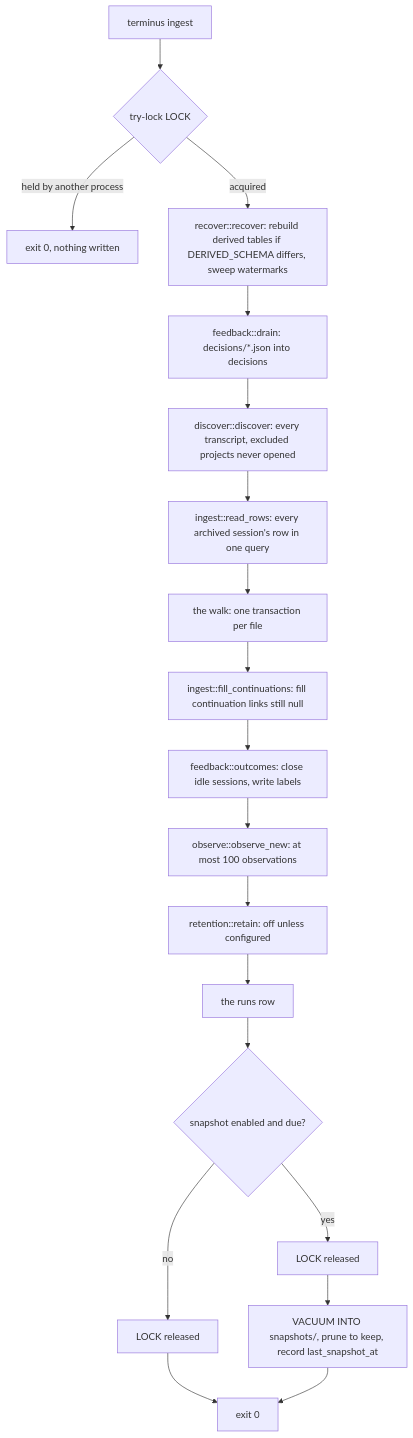
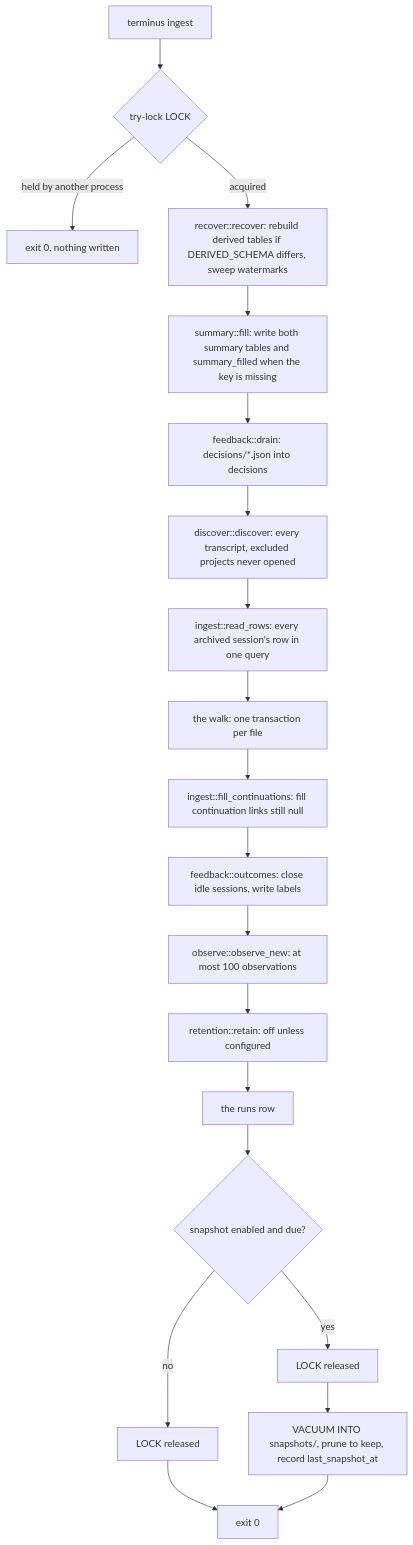
Before and after one commit to crenshawdev/terminus: the first of 3 diagrams in docs/design/0003-ingest.md, drawn with Mermaid. The commit also changed other lines of this file and 1 other file, not shown here.

Commit message:
docs(3-1): name the summary fill and its key in the ingest and archive designs

````diff
--- a/docs/design/0003-ingest.md
+++ b/docs/design/0003-ingest.md
@@ -148,21 +149,22 @@
 ```mermaid
 flowchart TD
   S["terminus ingest"] --> L{"try-lock LOCK"}
   L -->|"held by another process"| X["exit 0, nothing written"]
   L -->|"acquired"| R["recover::recover: rebuild derived tables if DERIVED_SCHEMA differs, sweep watermarks"]
-  R --> D["feedback::drain: decisions/*.json into decisions"]
+  R --> SF["summary::fill: write both summary tables and summary_filled when the key is missing"]
+  SF --> D["feedback::drain: decisions/*.json into decisions"]
   D --> F["discover::discover: every transcript, excluded projects never opened"]
   F --> RR["ingest::read_rows: every archived session's row in one query"]
   RR --> W["the walk: one transaction per file"]
   W --> C["ingest::fill_continuations: fill continuation links still null"]
   C --> O["feedback::outcomes: close idle sessions, write labels"]
   O --> B["observe::observe_new: at most 100 observations"]
   B --> T["retention::retain: off unless configured"]
   T --> N["the runs row"]
   N --> P{"snapshot enabled and due?"}
   P -->|"yes"| U["LOCK released"]
   U --> V["VACUUM INTO snapshots/, prune to keep, record last_snapshot_at"]
   P -->|"no"| Q["LOCK released"]
   Q --> E["exit 0"]
   V --> E
 ```
````
